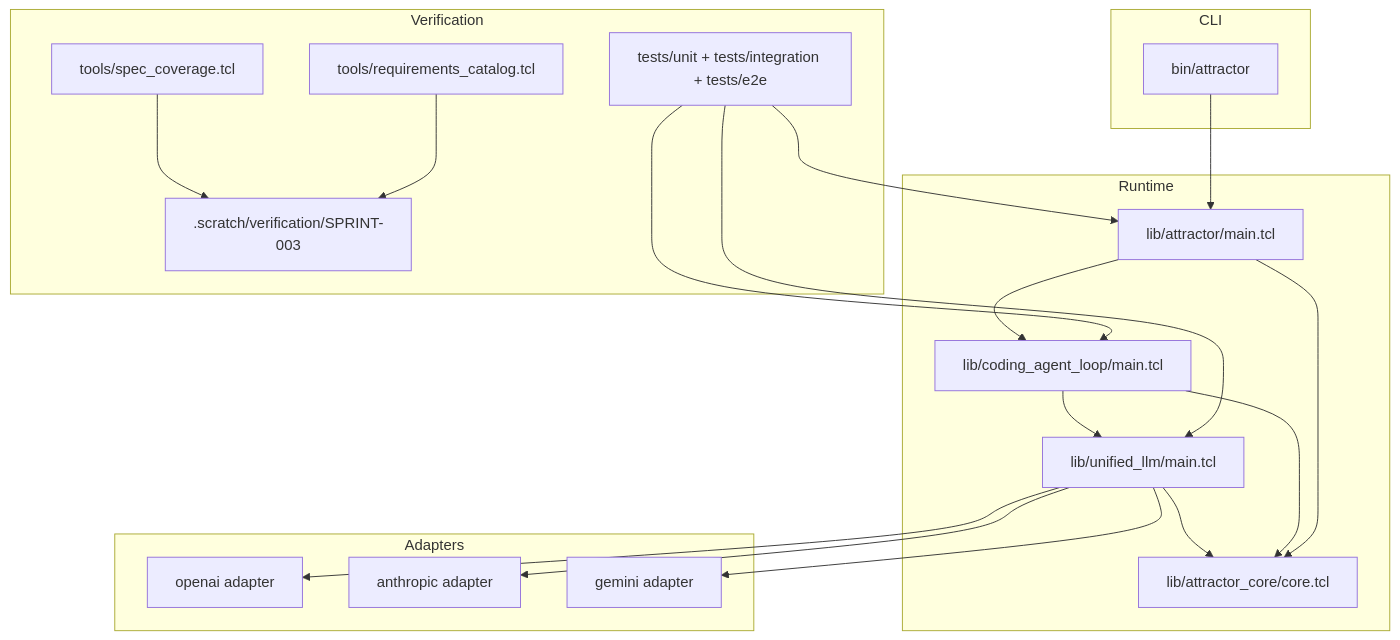
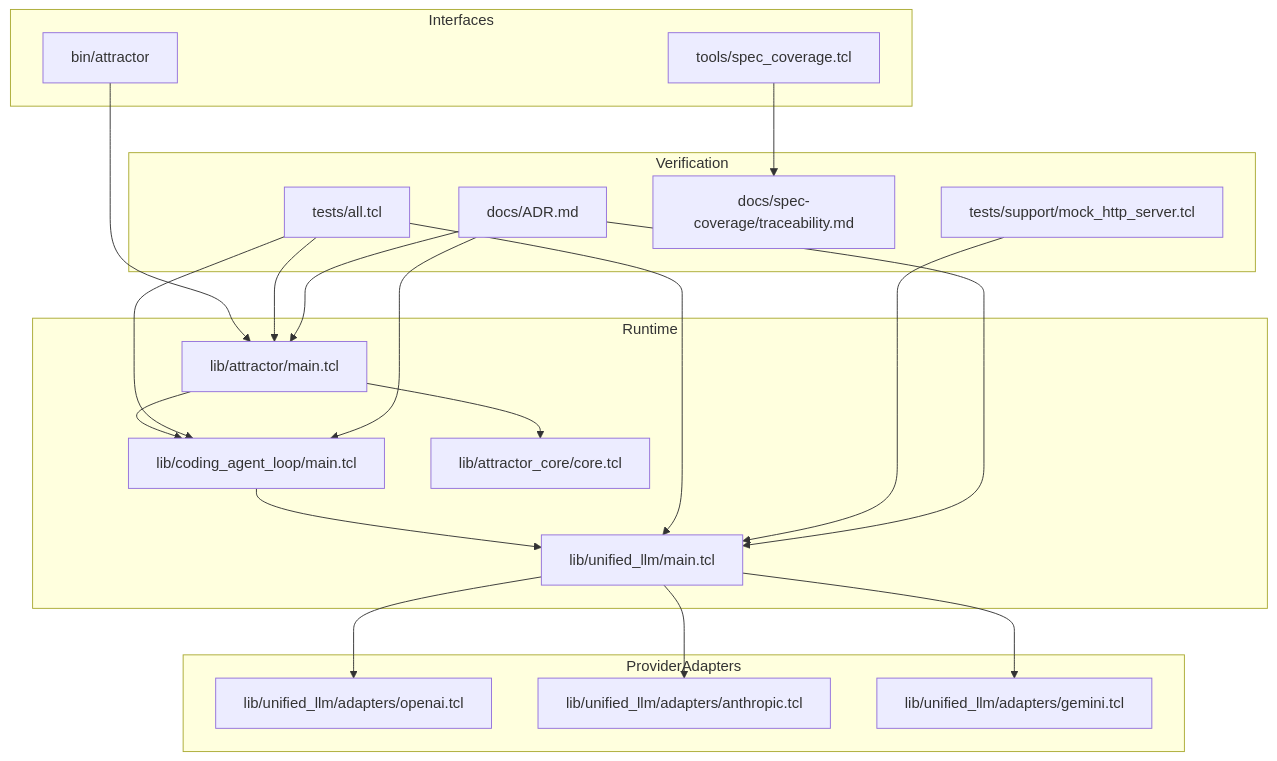
The fifth of 5 diagrams in docs/sprints/SPRINT-003-implementation-plan.md (jaytaylor/attractor-tcl), drawn with Mermaid before and after one commit. The commit also changed other lines of this file, not shown here.

Commit message:
docs: mark sprint 003 implementation plan fully executed

````diff
--- a/docs/sprints/SPRINT-003-implementation-plan.md
+++ b/docs/sprints/SPRINT-003-implementation-plan.md
@@ -855,42 +981,43 @@
 ```mermaid
 flowchart TB
-  subgraph CLI
-    BIN[bin/attractor]
+  subgraph Interfaces
+    CLI[bin/attractor]
+    COVERAGE_TOOL[tools/spec_coverage.tcl]
   end
 
   subgraph Runtime
-    ATRM[lib/attractor/main.tcl]
-    CALM[lib/coding_agent_loop/main.tcl]
-    ULLMM[lib/unified_llm/main.tcl]
+    ATR[lib/attractor/main.tcl]
+    CAL[lib/coding_agent_loop/main.tcl]
+    ULLM[lib/unified_llm/main.tcl]
     CORE[lib/attractor_core/core.tcl]
   end
 
-  subgraph Adapters
-    OA[openai adapter]
-    AN[anthropic adapter]
-    GE[gemini adapter]
+  subgraph ProviderAdapters
+    OA[lib/unified_llm/adapters/openai.tcl]
+    AN[lib/unified_llm/adapters/anthropic.tcl]
+    GM[lib/unified_llm/adapters/gemini.tcl]
   end
 
   subgraph Verification
-    TESTS[tests/unit + tests/integration + tests/e2e]
-    COV[tools/spec_coverage.tcl]
-    CAT[tools/requirements_catalog.tcl]
-    EVID[.scratch/verification/SPRINT-003]
+    TEST_RUNNER[tests/all.tcl]
+    MOCK_SERVER[tests/support/mock_http_server.tcl]
+    TRACE_DOC[docs/spec-coverage/traceability.md]
+    ADR_DOC[docs/ADR.md]
   end
 
-  BIN --> ATRM
-  ATRM --> CALM
-  CALM --> ULLMM
-  ULLMM --> OA
-  ULLMM --> AN
-  ULLMM --> GE
-  ULLMM --> CORE
-  CALM --> CORE
-  ATRM --> CORE
-
-  TESTS --> ATRM
-  TESTS --> CALM
-  TESTS --> ULLMM
-  COV --> EVID
-  CAT --> EVID
+  CLI --> ATR
+  ATR --> CAL
+  CAL --> ULLM
+  ULLM --> OA
+  ULLM --> AN
+  ULLM --> GM
+  ATR --> CORE
+  TEST_RUNNER --> ATR
+  TEST_RUNNER --> CAL
+  TEST_RUNNER --> ULLM
+  MOCK_SERVER --> ULLM
+  COVERAGE_TOOL --> TRACE_DOC
+  ADR_DOC --> ATR
+  ADR_DOC --> CAL
+  ADR_DOC --> ULLM
 ```
````
